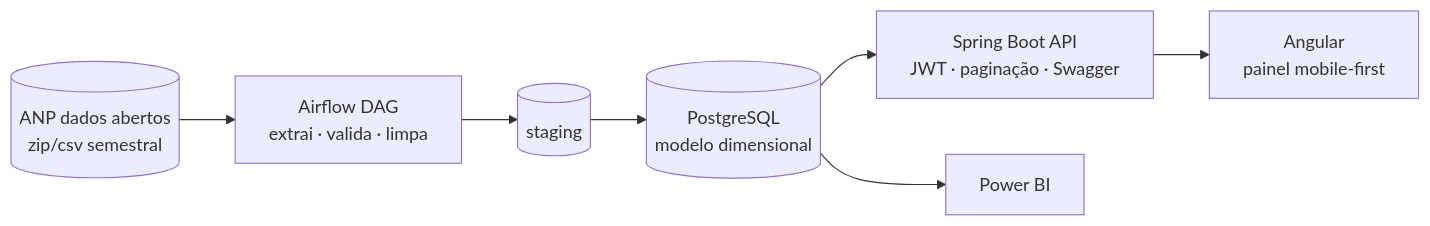
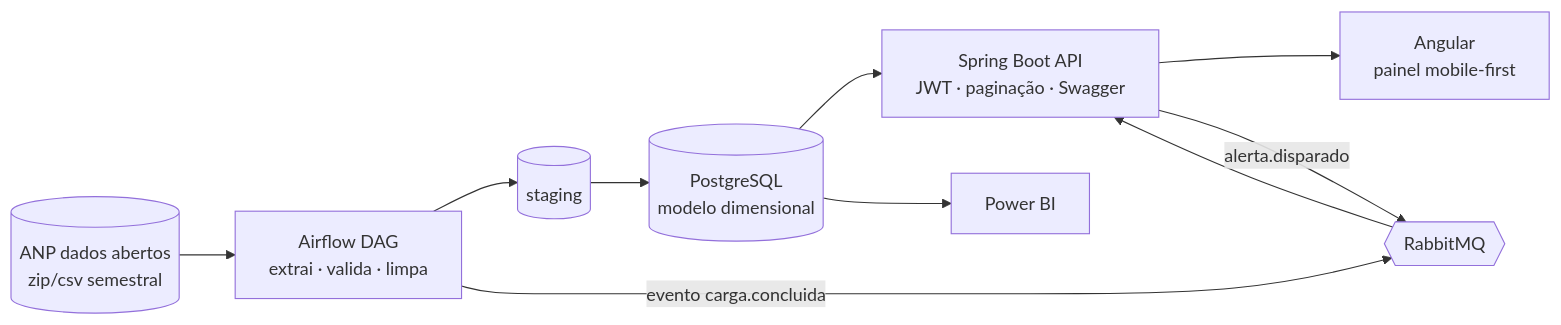
The diagram in README.md (AllanCristiano/dadosabertosprojeto), drawn with Mermaid before and after one commit. The commit also changed other lines of this file and 52 other files, not shown here.

````diff
--- a/README.md
+++ b/README.md
@@ -41,9 +42,12 @@
 ```mermaid
 flowchart LR
   ANP[(ANP dados abertos<br/>zip/csv semestral)] --> AF[Airflow DAG<br/>extrai · valida · limpa]
   AF --> ST[(staging)]
   ST --> DW[(PostgreSQL<br/>modelo dimensional)]
   DW --> API[Spring Boot API<br/>JWT · paginação · Swagger]
   API --> NG[Angular<br/>painel mobile-first]
   DW --> PBI[Power BI]
+  AF -- "evento carga.concluida" --> MQ{{RabbitMQ}}
+  MQ --> API
+  API -- "alerta.disparado" --> MQ
 ```
````
